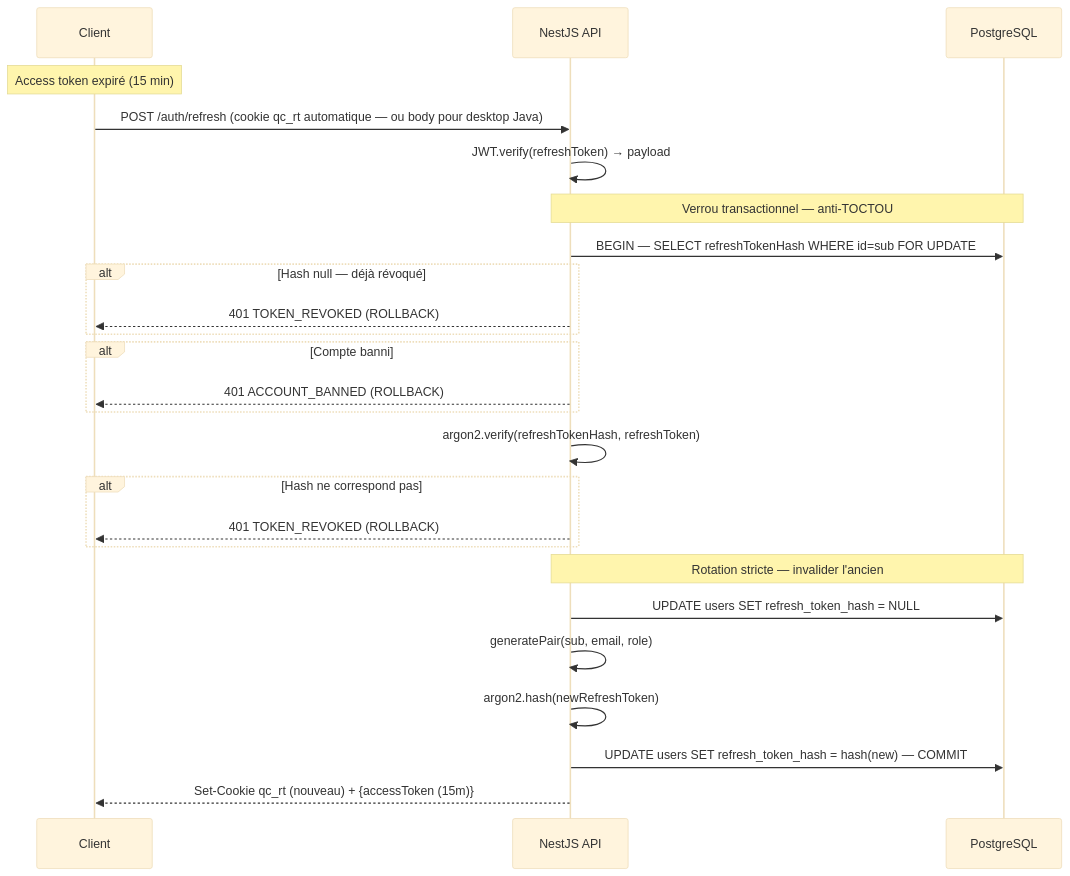
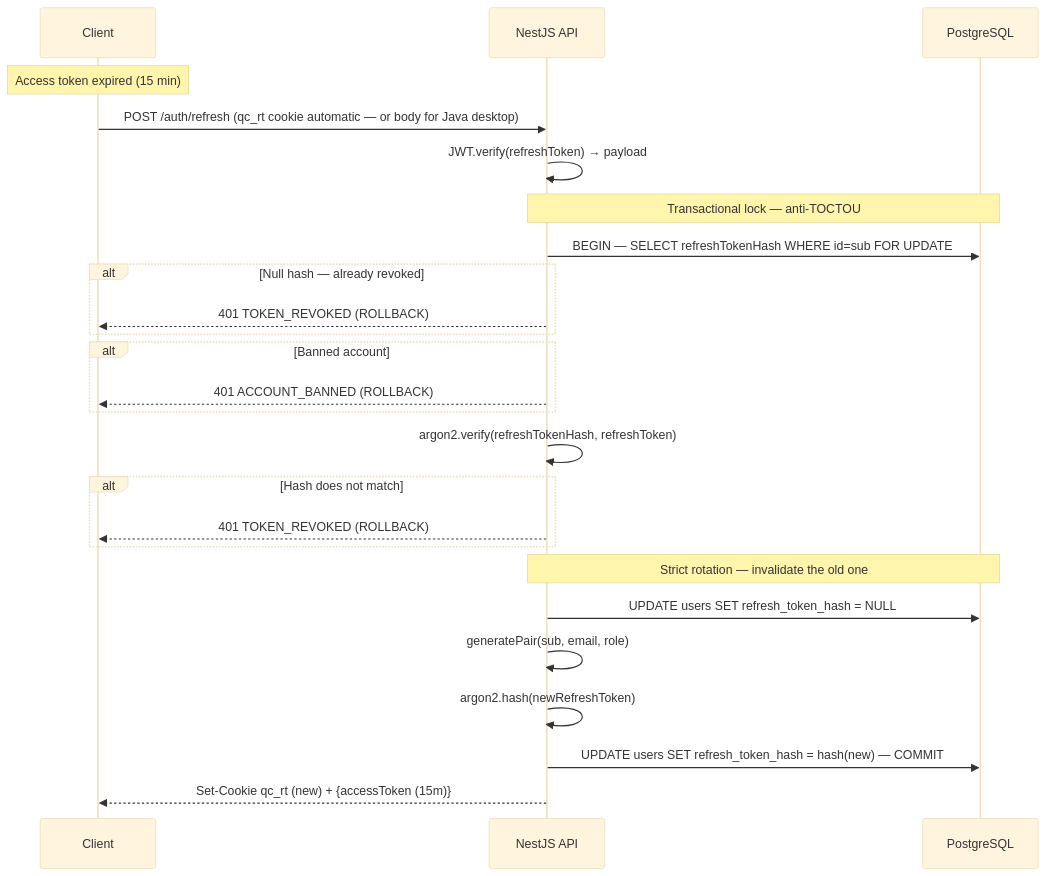
One commit to creibaud/QuartierConnect changed the sixth of 21 diagrams in docs/ARCHITECTURE.md. Above: the diagram before and after it, drawn with Mermaid (base theme). The commit also changed other lines of this file and 155 other files, not shown here.

````diff
--- a/docs/ARCHITECTURE.md
+++ b/docs/ARCHITECTURE.md
@@ -235,30 +237,30 @@
 ```mermaid
 sequenceDiagram
     participant C as Client
     participant API as NestJS API
     participant PG as PostgreSQL
 
-    Note over C: Access token expiré (15 min)
-    C->>API: POST /auth/refresh (cookie qc_rt automatique — ou body pour desktop Java)
+    Note over C: Access token expired (15 min)
+    C->>API: POST /auth/refresh (qc_rt cookie automatic — or body for Java desktop)
     API->>API: JWT.verify(refreshToken) → payload
 
-    Note over API,PG: Verrou transactionnel — anti-TOCTOU
+    Note over API,PG: Transactional lock — anti-TOCTOU
     API->>PG: BEGIN — SELECT refreshTokenHash WHERE id=sub FOR UPDATE
-    alt Hash null — déjà révoqué
+    alt Null hash — already revoked
         API-->>C: 401 TOKEN_REVOKED (ROLLBACK)
     end
-    alt Compte banni
+    alt Banned account
         API-->>C: 401 ACCOUNT_BANNED (ROLLBACK)
     end
     API->>API: argon2.verify(refreshTokenHash, refreshToken)
-    alt Hash ne correspond pas
+    alt Hash does not match
         API-->>C: 401 TOKEN_REVOKED (ROLLBACK)
     end
 
-    Note over API,PG: Rotation stricte — invalider l'ancien
+    Note over API,PG: Strict rotation — invalidate the old one
     API->>PG: UPDATE users SET refresh_token_hash = NULL
     API->>API: generatePair(sub, email, role)
     API->>API: argon2.hash(newRefreshToken)
     API->>PG: UPDATE users SET refresh_token_hash = hash(new) — COMMIT
-    API-->>C: Set-Cookie qc_rt (nouveau) + {accessToken (15m)}
+    API-->>C: Set-Cookie qc_rt (new) + {accessToken (15m)}
 ```
````
